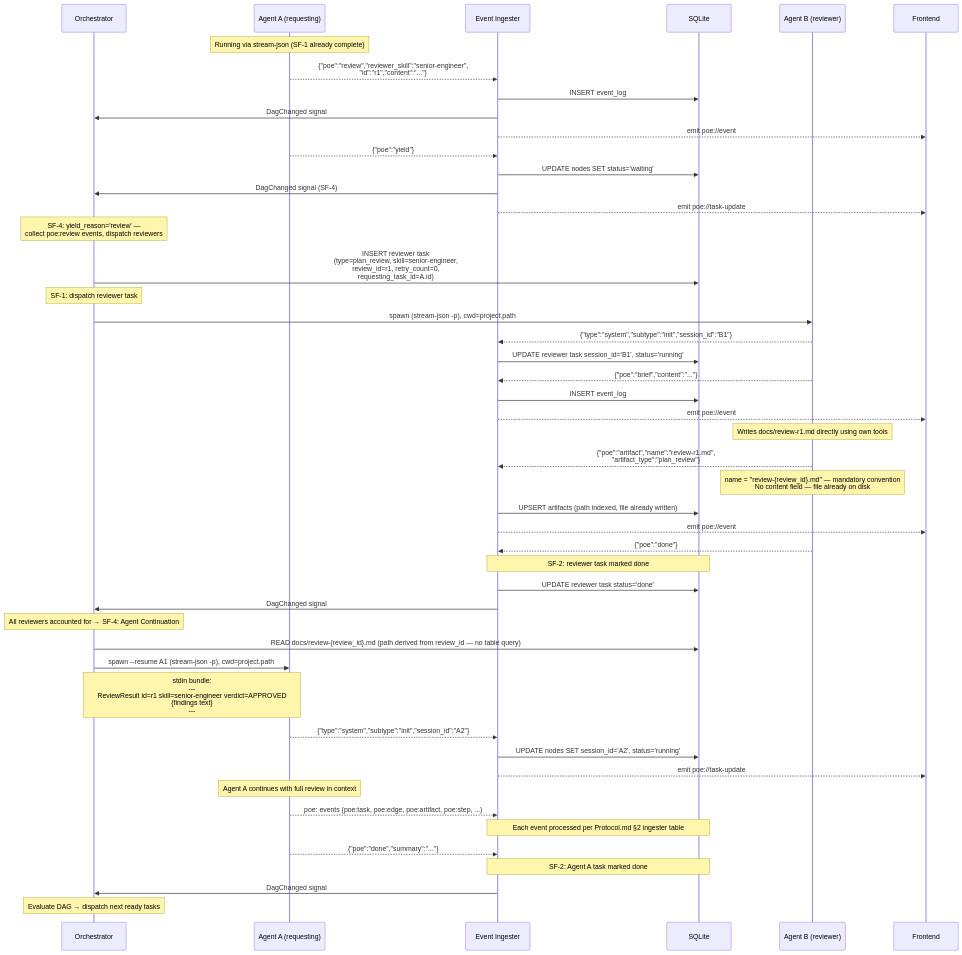
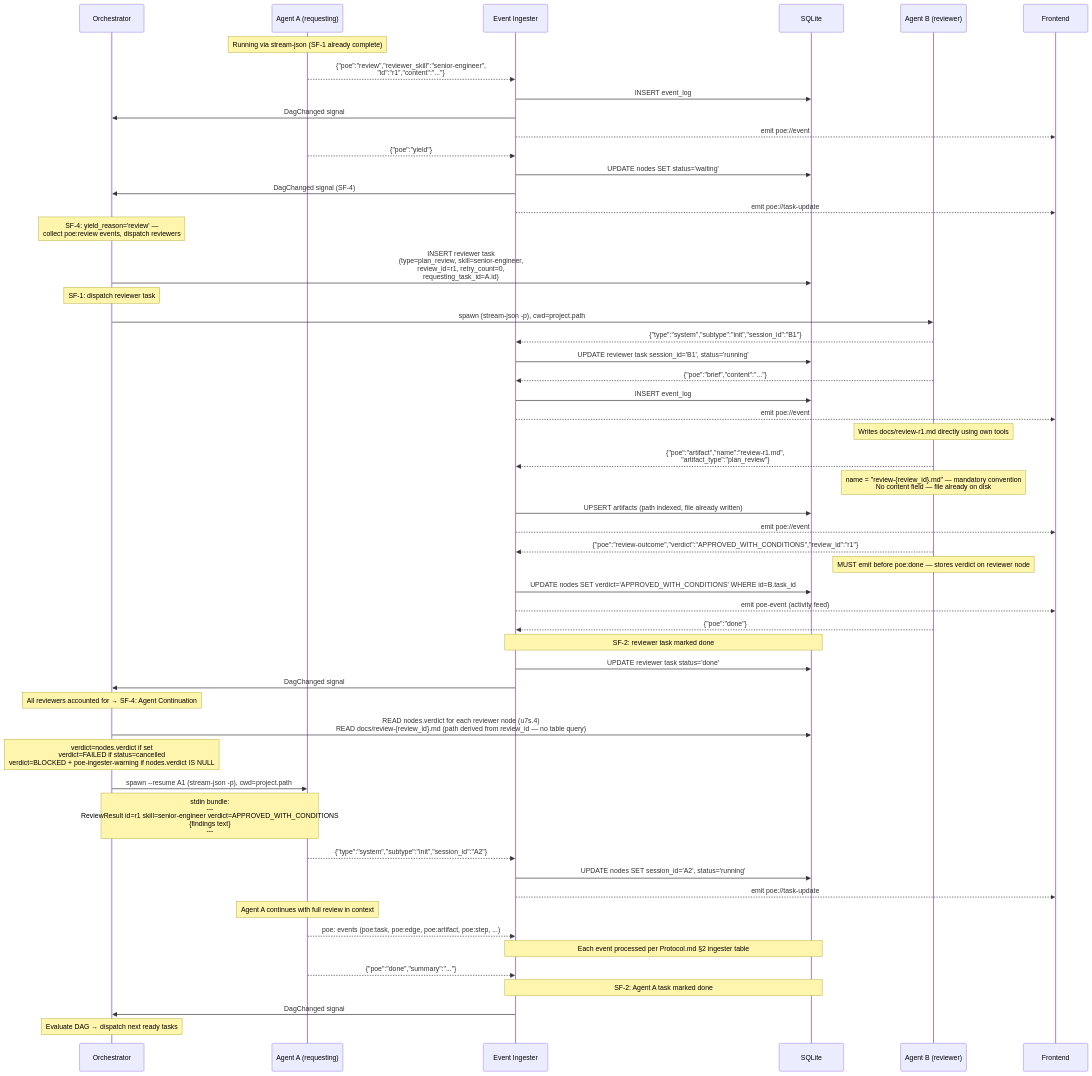
One commit to grant-traynor/bp6 changed the first of 10 diagrams in doc-POE/Flows.md. Above: the diagram before and after it, drawn with Mermaid. The commit also changed other lines of this file and 6 other files, not shown here.

First line of the commit message:
feat(verdict): poe:review-outcome event, verdict column on nodes, 4-verdict derivation in check_review_completion (u7s.4)

````diff
--- a/doc-POE/Flows.md
+++ b/doc-POE/Flows.md
@@ -294,66 +294,72 @@
 ```mermaid
 sequenceDiagram
     participant Orch as Orchestrator
     participant A as Agent A (requesting)
     participant Ing as Event Ingester
     participant DB as SQLite
     participant B as Agent B (reviewer)
     participant FE as Frontend
 
     Note over A: Running via stream-json (SF-1 already complete)
 
     A-->>Ing: {"poe":"review","reviewer_skill":"senior-engineer",<br/>"id":"r1","content":"..."}
     Ing->>DB: INSERT event_log
     Ing->>Orch: DagChanged signal
     Ing-->>FE: emit poe://event
 
     A-->>Ing: {"poe":"yield"}
     Ing->>DB: UPDATE nodes SET status='waiting'
     Ing->>Orch: DagChanged signal (SF-4)
     Ing-->>FE: emit poe://task-update
 
     Note over Orch: SF-4: yield_reason='review' —<br/>collect poe:review events, dispatch reviewers
 
     Orch->>DB: INSERT reviewer task<br/>(type=plan_review, skill=senior-engineer,<br/>review_id=r1, retry_count=0,<br/>requesting_task_id=A.id)
     Note over Orch: SF-1: dispatch reviewer task
 
     Orch->>B: spawn (stream-json -p), cwd=project.path
     B-->>Ing: {"type":"system","subtype":"init","session_id":"B1"}
     Ing->>DB: UPDATE reviewer task session_id='B1', status='running'
 
     B-->>Ing: {"poe":"brief","content":"..."}
     Ing->>DB: INSERT event_log
     Ing-->>FE: emit poe://event
 
     Note over B: Writes docs/review-r1.md directly using own tools
     B-->>Ing: {"poe":"artifact","name":"review-r1.md",<br/>"artifact_type":"plan_review"}
     Note over B: name = "review-{review_id}.md" — mandatory convention<br/>No content field — file already on disk
     Ing->>DB: UPSERT artifacts (path indexed, file already written)
     Ing-->>FE: emit poe://event
 
+    B-->>Ing: {"poe":"review-outcome","verdict":"APPROVED_WITH_CONDITIONS","review_id":"r1"}
+    Note over B: MUST emit before poe:done — stores verdict on reviewer node
+    Ing->>DB: UPDATE nodes SET verdict='APPROVED_WITH_CONDITIONS' WHERE id=B.task_id
+    Ing-->>FE: emit poe-event (activity feed)
+
     B-->>Ing: {"poe":"done"}
     Note over Ing,DB: SF-2: reviewer task marked done
 
     Ing->>DB: UPDATE reviewer task status='done'
     Ing->>Orch: DagChanged signal
 
     Note over Orch: All reviewers accounted for → SF-4: Agent Continuation
 
-    Orch->>DB: READ docs/review-{review_id}.md (path derived from review_id — no table query)
+    Orch->>DB: READ nodes.verdict for each reviewer node (u7s.4)<br/>READ docs/review-{review_id}.md (path derived from review_id — no table query)
+    Note over Orch: verdict=nodes.verdict if set<br/>verdict=FAILED if status=cancelled<br/>verdict=BLOCKED + poe-ingester-warning if nodes.verdict IS NULL
     Orch->>A: spawn --resume A1 (stream-json -p), cwd=project.path
-    Note over Orch,A: stdin bundle:<br/>---<br/>ReviewResult id=r1 skill=senior-engineer verdict=APPROVED<br/>{findings text}<br/>---
+    Note over Orch,A: stdin bundle:<br/>---<br/>ReviewResult id=r1 skill=senior-engineer verdict=APPROVED_WITH_CONDITIONS<br/>{findings text}<br/>---
 
     A-->>Ing: {"type":"system","subtype":"init","session_id":"A2"}
     Ing->>DB: UPDATE nodes SET session_id='A2', status='running'
     Ing-->>FE: emit poe://task-update
 
     Note over A: Agent A continues with full review in context
 
     A-->>Ing: poe: events (poe:task, poe:edge, poe:artifact, poe:step, ...)
     Note over Ing,DB: Each event processed per Protocol.md §2 ingester table
 
     A-->>Ing: {"poe":"done","summary":"..."}
     Note over Ing,DB: SF-2: Agent A task marked done
     Ing->>Orch: DagChanged signal
     Note over Orch: Evaluate DAG → dispatch next ready tasks
 ```
````
